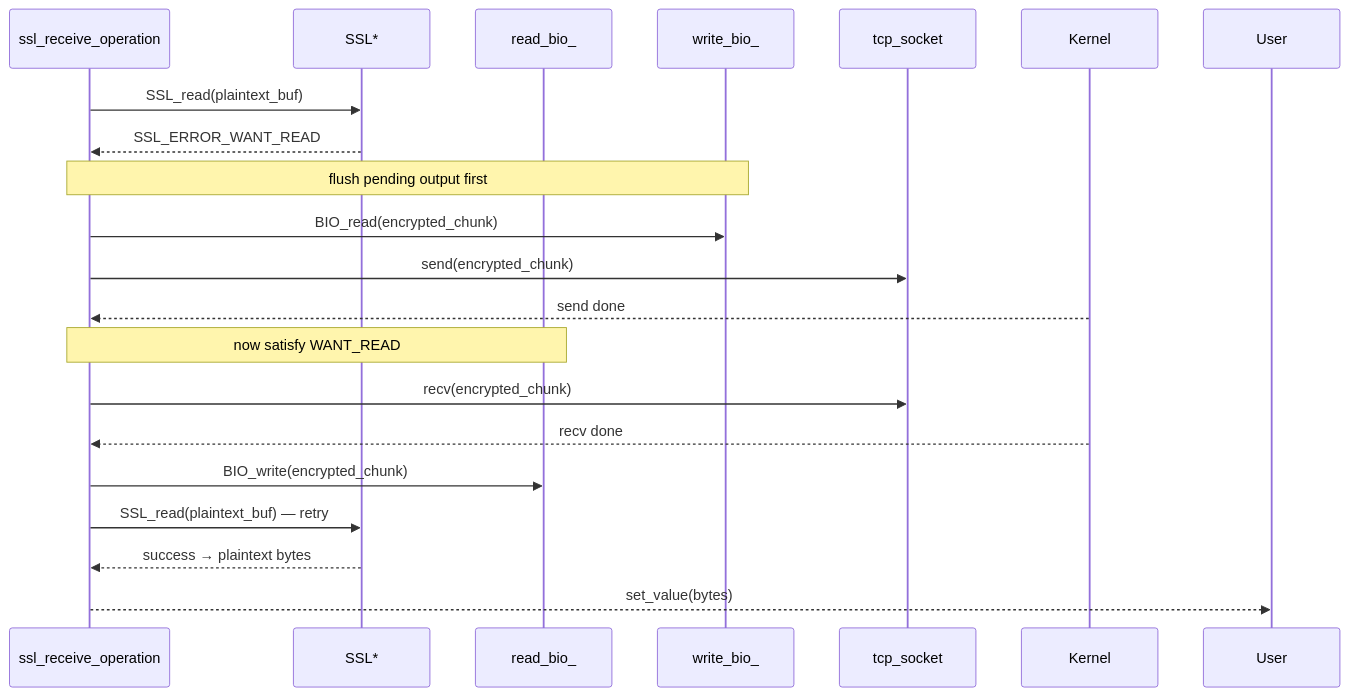
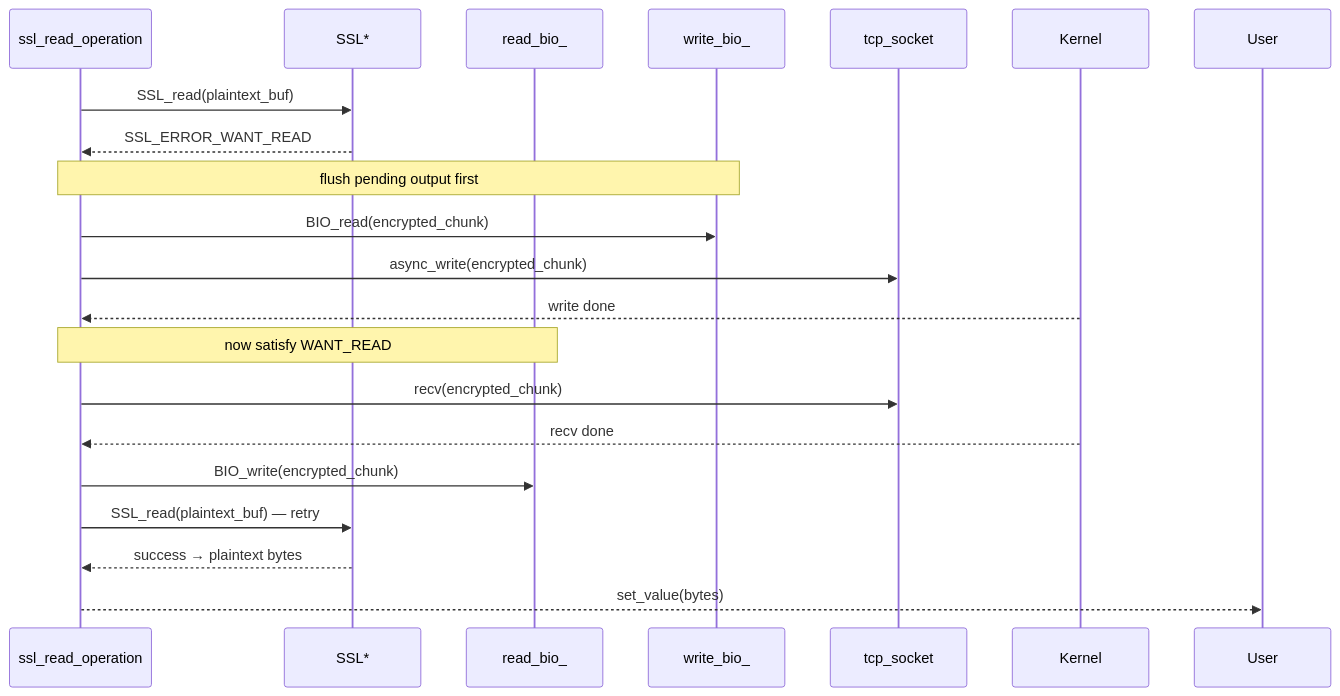
One commit to haomingbai/bnio changed the fifth of 6 diagrams in docs/usage.md. Above: the diagram before and after it, drawn with Mermaid. The commit also changed other lines of this file and 16 other files, not shown here.

````diff
--- a/docs/usage.md
+++ b/docs/usage.md
@@ -309,27 +309,27 @@
 ```mermaid
 sequenceDiagram
-    participant Op as ssl_receive_operation
+    participant Op as ssl_read_operation
     participant SSL as SSL*
     participant BIO_R as read_bio_
     participant BIO_W as write_bio_
     participant TCP as tcp_socket
     participant K as Kernel
 
     Op->>SSL: SSL_read(plaintext_buf)
     SSL-->>Op: SSL_ERROR_WANT_READ
 
     Note over Op,BIO_W: flush pending output first
     Op->>BIO_W: BIO_read(encrypted_chunk)
-    Op->>TCP: send(encrypted_chunk)
-    K-->>Op: send done
+    Op->>TCP: async_write(encrypted_chunk)
+    K-->>Op: write done
 
     Note over Op,BIO_R: now satisfy WANT_READ
     Op->>TCP: recv(encrypted_chunk)
     K-->>Op: recv done
     Op->>BIO_R: BIO_write(encrypted_chunk)
 
     Op->>SSL: SSL_read(plaintext_buf) — retry
     SSL-->>Op: success → plaintext bytes
 
     Op-->>User: set_value(bytes)
 ```
````
